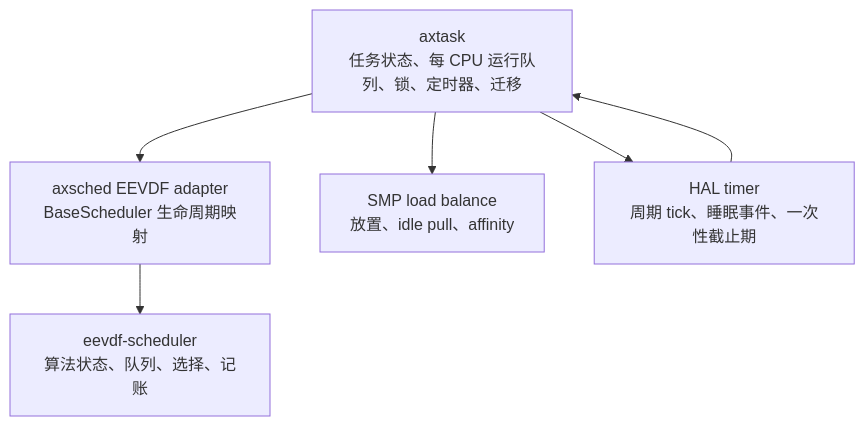
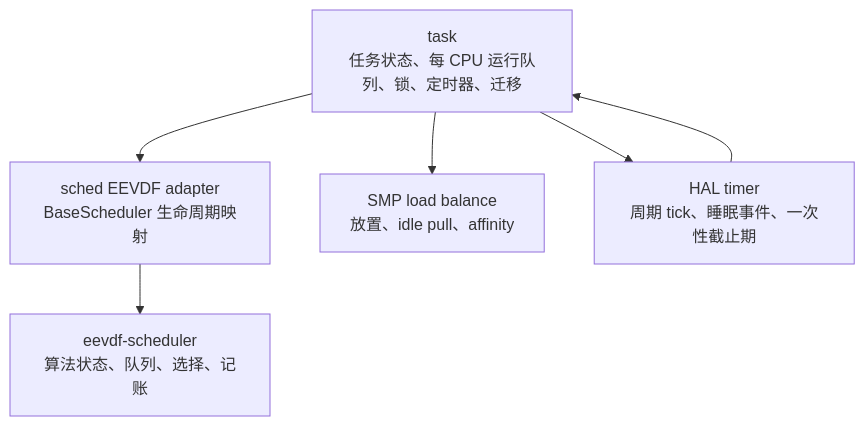
The second of 2 diagrams in crates/eevdf-scheduler/docs/algorithm-design.md (muou000/PulseOS), drawn with Mermaid before and after one commit. The commit also changed other lines of this file and 356 other files, not shown here.

````diff
--- a/crates/eevdf-scheduler/docs/algorithm-design.md
+++ b/crates/eevdf-scheduler/docs/algorithm-design.md
@@ -576,14 +576,14 @@
 ```mermaid
 flowchart TB
-    A[axtask<br/>任务状态、每 CPU 运行队列、锁、定时器、迁移]
-    B[axsched EEVDF adapter<br/>BaseScheduler 生命周期映射]
+    A[task<br/>任务状态、每 CPU 运行队列、锁、定时器、迁移]
+    B[sched EEVDF adapter<br/>BaseScheduler 生命周期映射]
     C[eevdf-scheduler<br/>算法状态、队列、选择、记账]
     D[SMP load balance<br/>放置、idle pull、affinity]
     E[HAL timer<br/>周期 tick、睡眠事件、一次性截止期]
 
     A --> B
     B --> C
     A --> D
     A --> E
     E --> A
 ```
````
